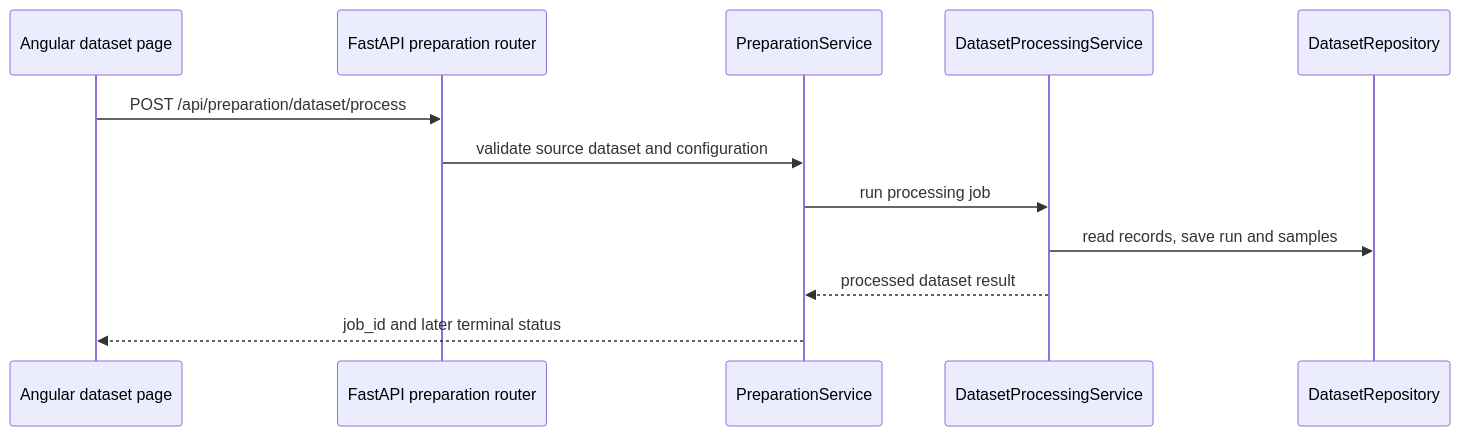
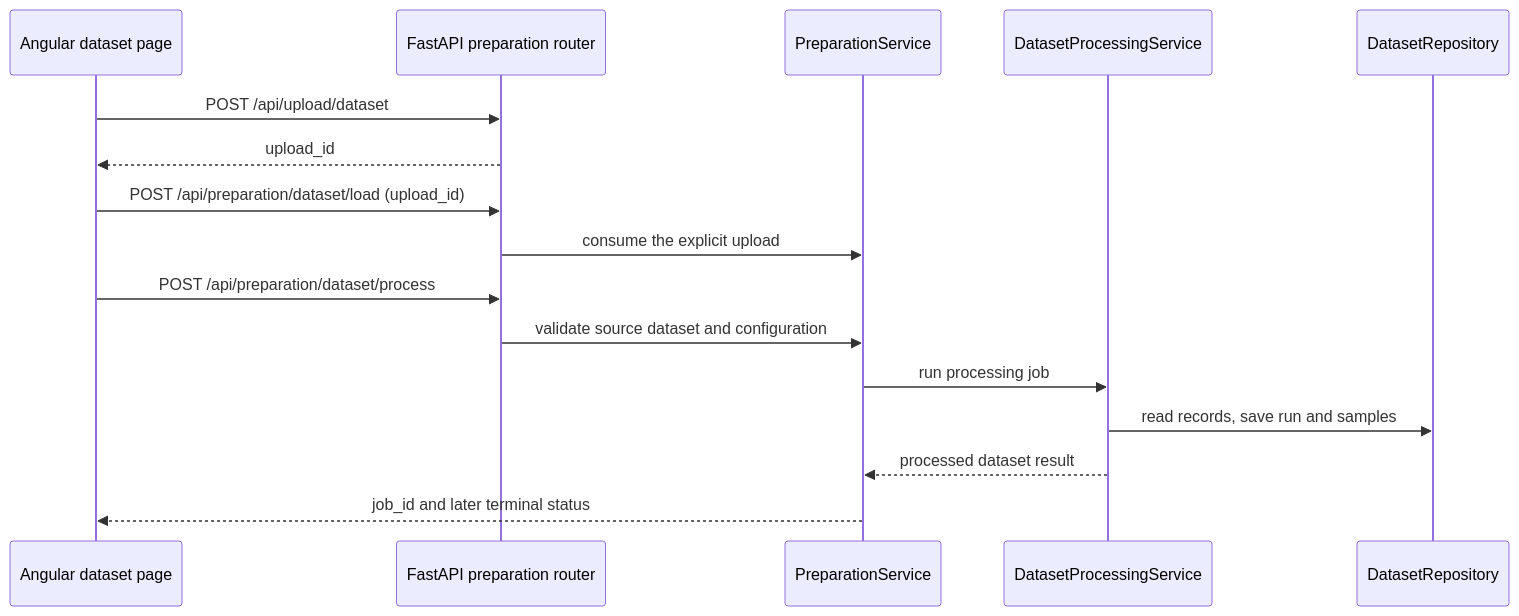
Before and after one commit to CTCycle/XREPORT-radiological-reports-generator: the second of 2 diagrams in assets/docs/architecture/execution_and_data_flow.md, drawn with Mermaid. The commit also changed other lines of this file and 11 other files, not shown here.

Commit message:
docs: align architecture with canonical ownership

````diff
--- a/assets/docs/architecture/execution_and_data_flow.md
+++ b/assets/docs/architecture/execution_and_data_flow.md
@@ -122,15 +123,19 @@
 ```mermaid
 sequenceDiagram
     participant UI as Angular dataset page
     participant API as FastAPI preparation router
     participant Prep as PreparationService
     participant Process as DatasetProcessingService
     participant Repo as DatasetRepository
 
+    UI->>API: POST /api/upload/dataset
+    API-->>UI: upload_id
+    UI->>API: POST /api/preparation/dataset/load (upload_id)
+    API->>Prep: consume the explicit upload
     UI->>API: POST /api/preparation/dataset/process
     API->>Prep: validate source dataset and configuration
     Prep->>Process: run processing job
     Process->>Repo: read records, save run and samples
     Process-->>Prep: processed dataset result
     Prep-->>UI: job_id and later terminal status
 ```
````
